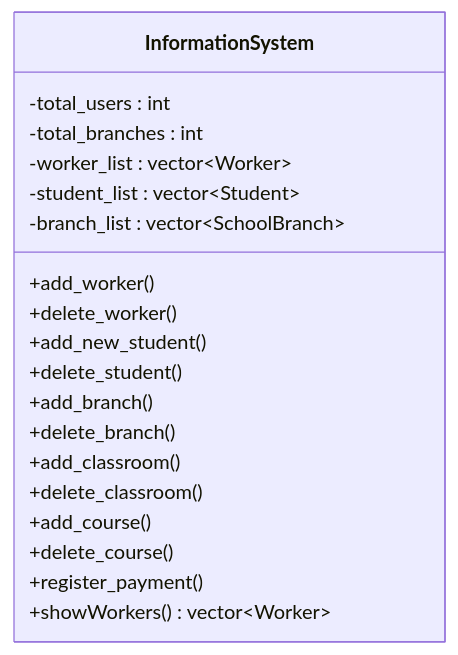
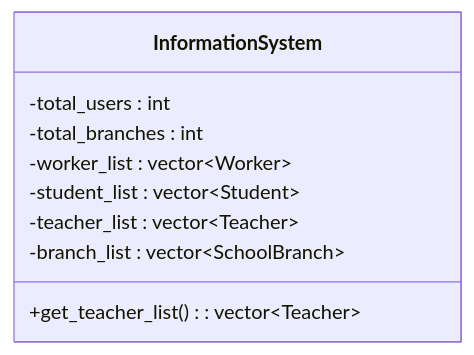
Before and after one commit to ondergormez/BLM3722_Software_Engineering: the ninth of 9 diagrams in Project/UML_Diag.md, drawn with Mermaid. The commit also changed other lines of this file and 2 other files, not shown here.

````diff
--- a/Project/UML_Diag.md
+++ b/Project/UML_Diag.md
@@ -196,22 +219,12 @@
 ```mermaid
 classDiagram
     class InformationSystem{
       -total_users : int
       -total_branches : int
       -worker_list : vector~Worker~
       -student_list : vector~Student~
+      -teacher_list : vector~Teacher~
       -branch_list : vector~SchoolBranch~
-      +add_worker()
-      +delete_worker()
-      +add_new_student()
-      +delete_student()
-      +add_branch()
-      +delete_branch()
-      +add_classroom()
-      +delete_classroom()
-      +add_course()
-      +delete_course()
-      +register_payment()
-      +showWorkers() vector~Worker~
+      +get_teacher_list() : vector~Teacher~
     }
 ```
````
